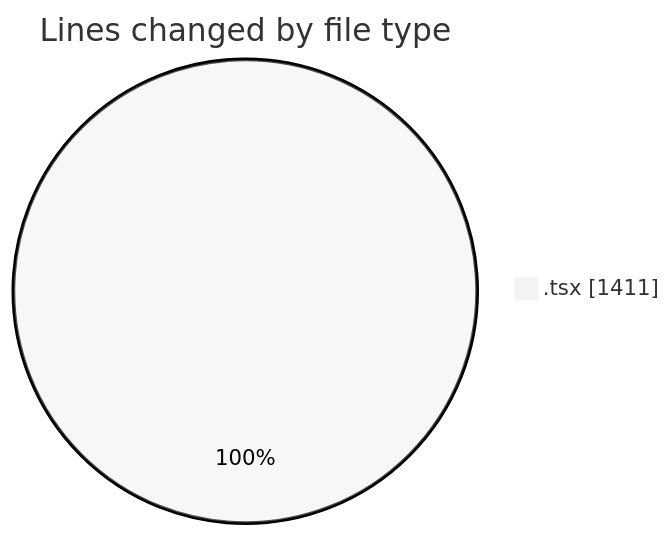
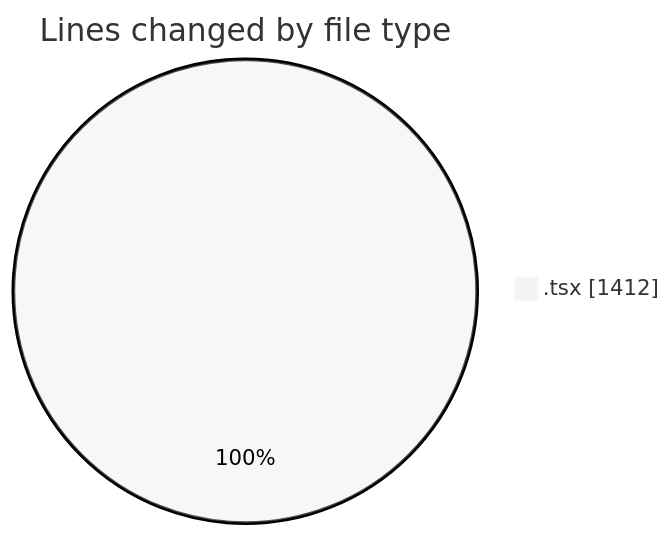
The first of 2 diagrams in 2025-05-29/kimberly-groups/README.md (JenPaints/code-tracking), drawn with Mermaid (neutral theme) before and after one commit. The commit also changed other lines of this file and 1 other file, not shown here.

````diff
--- a/2025-05-29/kimberly-groups/README.md
+++ b/2025-05-29/kimberly-groups/README.md
@@ -23,5 +24,5 @@
 ```mermaid
 pie showData
 title Lines changed by file type
-".tsx" : 1411
+".tsx" : 1412
 ```
````
